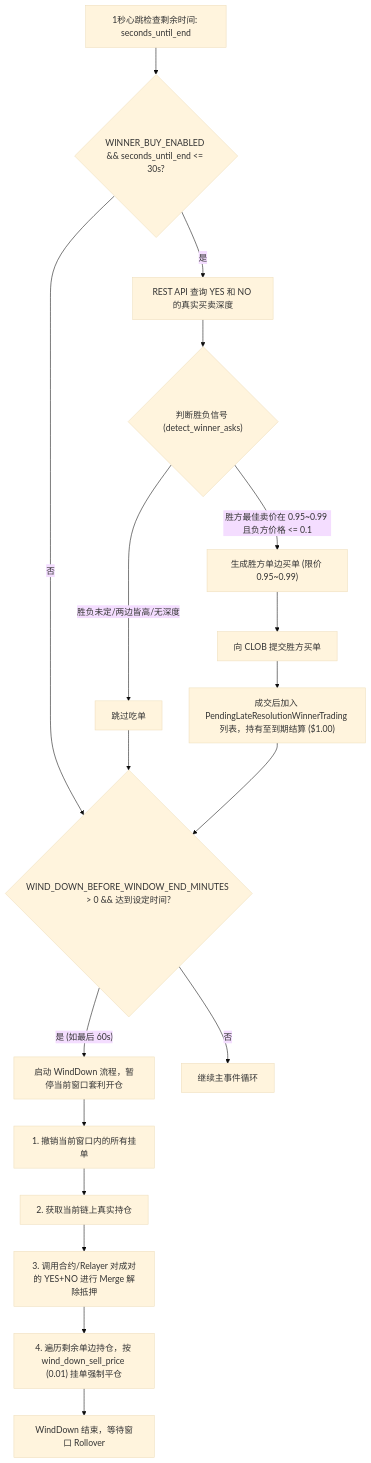
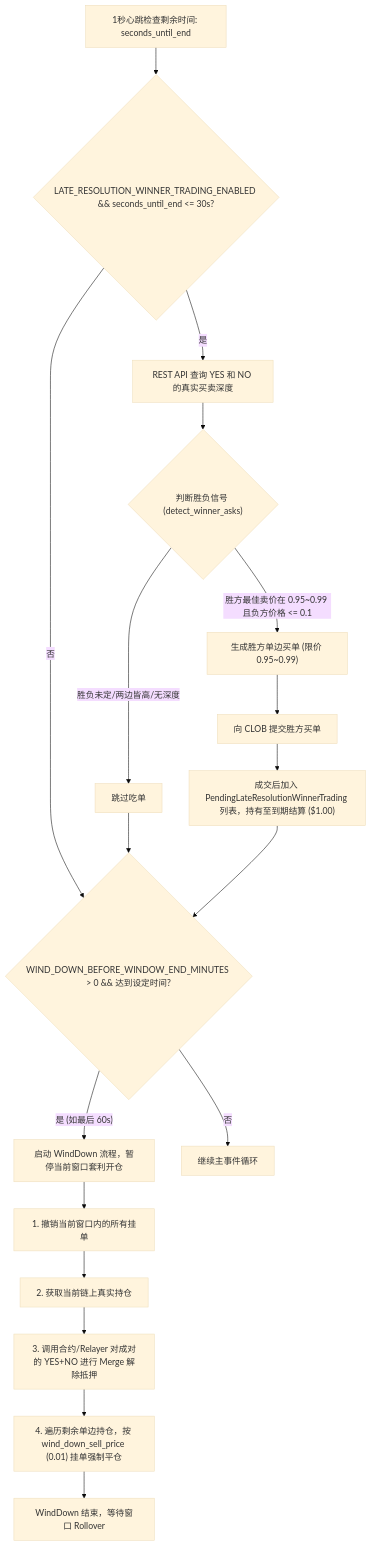
One commit to Mil0R/Polymarket-5min-bot changed the fourth of 4 diagrams in docs/STRATEGY_FLOWCHART.zh-CN.md. Above: the diagram before and after it, drawn with Mermaid (base theme). The commit also changed 37 other files, not shown here.

````diff
--- a/docs/STRATEGY_FLOWCHART.zh-CN.md
+++ b/docs/STRATEGY_FLOWCHART.zh-CN.md
@@ -150,25 +150,25 @@
 ```mermaid
 flowchart TD
-    WindowTimeCheck["1秒心跳检查剩余时间: seconds_until_end"] --> CheckLateResolutionWinnerTrading{"WINNER_BUY_ENABLED && seconds_until_end <= 30s?"}
+    WindowTimeCheck["1秒心跳检查剩余时间: seconds_until_end"] --> CheckLateResolutionWinnerTrading{"LATE_RESOLUTION_WINNER_TRADING_ENABLED && seconds_until_end <= 30s?"}
 
     %% Late-Resolution Winner Trading 分支
     CheckLateResolutionWinnerTrading -- "是" --> FetchRestAsks["REST API 查询 YES 和 NO 的真实买卖深度"]
     FetchRestAsks --> WinnerSignalDetect{"判断胜负信号 (detect_winner_asks)"}
     WinnerSignalDetect -- "胜方最佳卖价在 0.95~0.99 且负方价格 <= 0.1" --> BuildLateResolutionWinnerTrading["生成胜方单边买单 (限价 0.95~0.99)"]
     WinnerSignalDetect -- "胜负未定/两边皆高/无深度" --> SkipLateResolutionWinnerTrading["跳过吃单"]
     BuildLateResolutionWinnerTrading --> PostLateResolutionWinnerTrading["向 CLOB 提交胜方买单"]
     PostLateResolutionWinnerTrading --> HoldToSettle["成交后加入 PendingLateResolutionWinnerTrading 列表，持有至到期结算 ($1.00)"]
     CheckLateResolutionWinnerTrading -- "否" --> CheckWindDown
 
     %% Wind Down 分支
     SkipLateResolutionWinnerTrading --> CheckWindDown{"WIND_DOWN_BEFORE_WINDOW_END_MINUTES > 0 && 达到设定时间?"}
     HoldToSettle --> CheckWindDown
 
     CheckWindDown -- "是 (如最后 60s)" --> WindDownStart["启动 WindDown 流程，暂停当前窗口套利开仓"]
     WindDownStart --> CancelAllWinOrders["1. 撤销当前窗口内的所有挂单"]
     CancelAllWinOrders --> FetchPositions["2. 获取当前链上真实持仓"]
     FetchPositions --> OnChainMerge["3. 调用合约/Relayer 对成对的 YES+NO 进行 Merge 解除抵押"]
     OnChainMerge --> DumpRestPositions["4. 遍历剩余单边持仓，按 wind_down_sell_price (0.01) 挂单强制平仓"]
     DumpRestPositions --> EndWindDown["WindDown 结束，等待窗口 Rollover"]
     CheckWindDown -- "否" --> ContinueLoop["继续主事件循环"]
 ```
````
